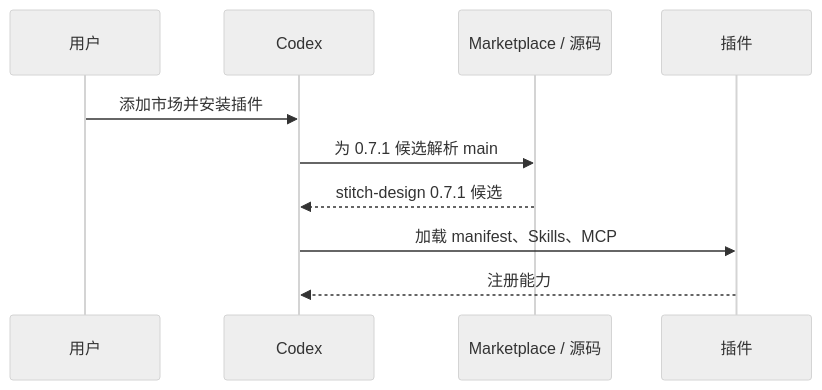
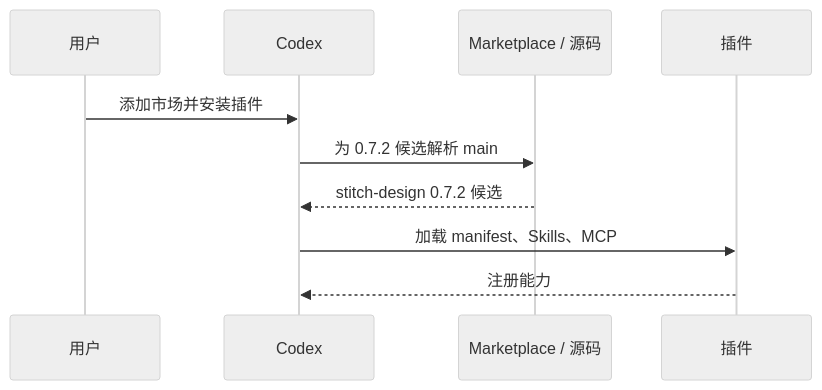
The seventh of 11 diagrams in docs/Stitch-Design-Architecture.zh_CN.md (full-stack-plugins/stitch-design-plugin), drawn with Mermaid (neutral theme) before and after one commit. The commit also changed other lines of this file and 17 other files, not shown here.

````diff
--- a/docs/Stitch-Design-Architecture.zh_CN.md
+++ b/docs/Stitch-Design-Architecture.zh_CN.md
@@ -158,12 +158,12 @@
 ```mermaid
 sequenceDiagram
     participant U as 用户
     participant C as Codex
     participant M as Marketplace / 源码
     participant P as 插件
     U->>C: 添加市场并安装插件
-    C->>M: 为 0.7.1 候选解析 main
-    M-->>C: stitch-design 0.7.1 候选
+    C->>M: 为 0.7.2 候选解析 main
+    M-->>C: stitch-design 0.7.2 候选
     C->>P: 加载 manifest、Skills、MCP
     P-->>C: 注册能力
 ```
````
